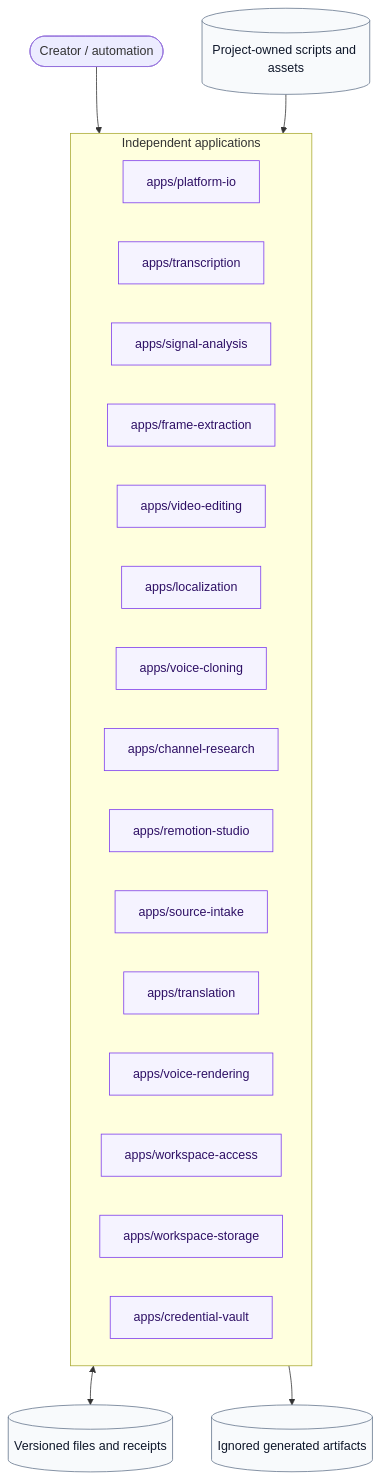
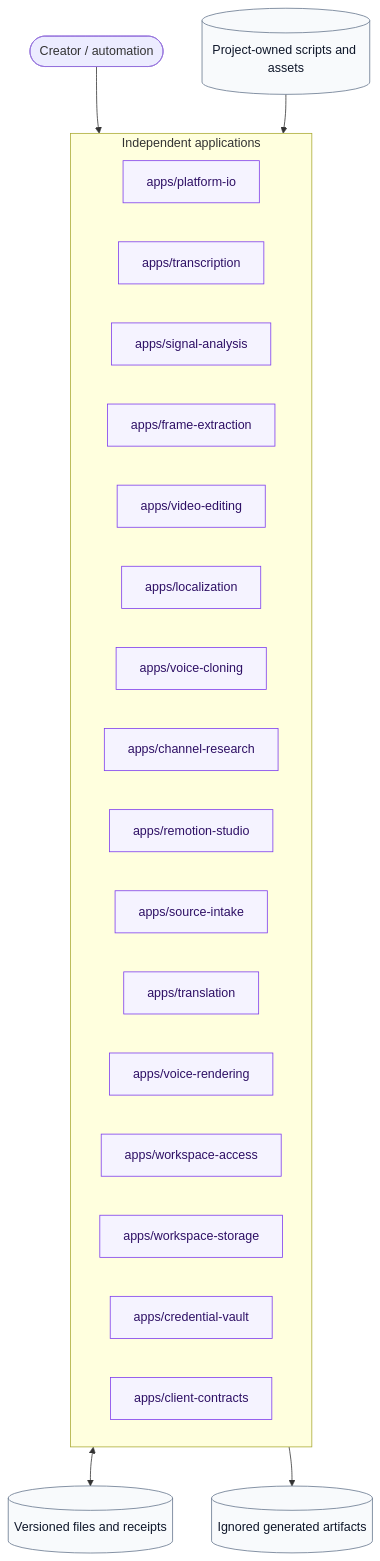
The second of 2 diagrams in README.md (wohuishuo/cc-video-pipeline), drawn with Mermaid before and after one commit. The commit also changed other lines of this file and 27 other files, not shown here.

Commit message:
feat: add mobile-ready client contracts MVP

````diff
--- a/README.md
+++ b/README.md
@@ -78,34 +79,35 @@
 ```mermaid
 flowchart TB
     user([Creator / automation])
     subgraph apps[Independent applications]
       A[apps/platform-io]
       B[apps/transcription]
       C[apps/signal-analysis]
       D[apps/frame-extraction]
       E[apps/video-editing]
       F[apps/localization]
       G[apps/voice-cloning]
       H[apps/channel-research]
       I[apps/remotion-studio]
       J[apps/source-intake]
       K[apps/translation]
       L[apps/voice-rendering]
       M[apps/workspace-access]
       N[apps/workspace-storage]
       O[apps/credential-vault]
+      P[apps/client-contracts]
     end
     contracts[(Versioned files and receipts)]
     projects[(Project-owned scripts and assets)]
     outputs[(Ignored generated artifacts)]
 
     user --> apps
     apps <--> contracts
     projects --> apps
     apps --> outputs
 
     classDef boundary fill:#f5f3ff,stroke:#7c3aed,color:#2e1065;
     classDef data fill:#f8fafc,stroke:#64748b,color:#0f172a;
-    class A,B,C,D,E,F,G,H,I,J,K,L,M,N,O boundary;
+    class A,B,C,D,E,F,G,H,I,J,K,L,M,N,O,P boundary;
     class contracts,projects,outputs data;
 ```
````
